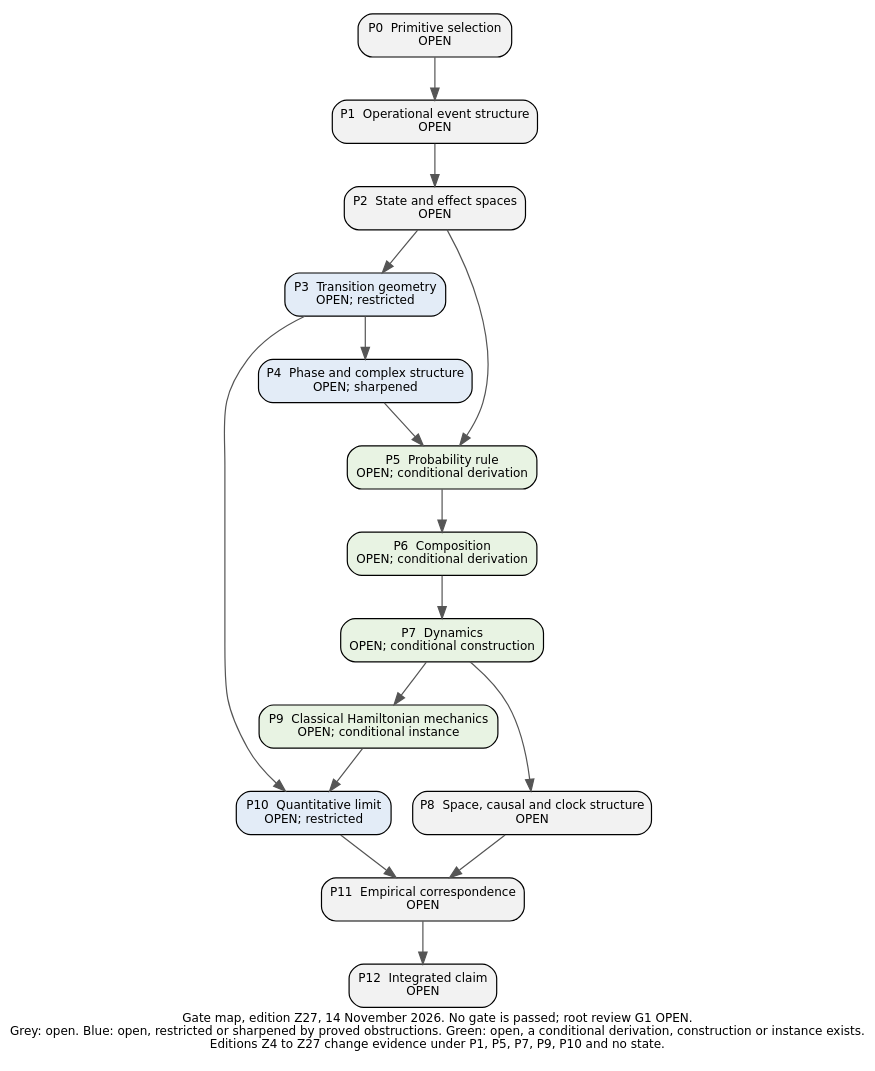
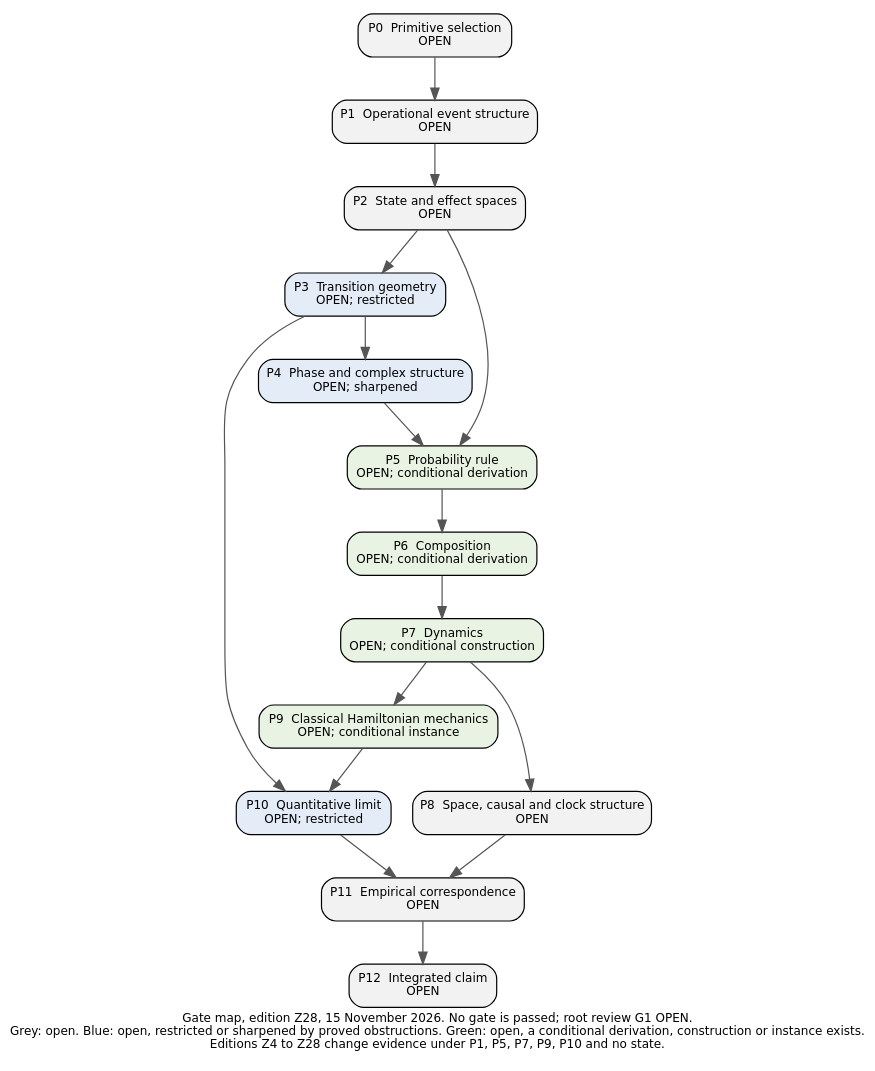
The diagram in edition/PROGRAM/figures/Gate_Map_2026-11-13.dot (KirtusJ/From-Prephysical-Hypotheses-to-Physical-Models), drawn with Graphviz before and after one commit. The commit also changed 69 other files, not shown here.

```diff
--- a/edition/PROGRAM/figures/Gate_Map_2026-11-13.dot
+++ b/edition/PROGRAM/figures/Gate_Map_2026-11-13.dot
@@ -1,30 +1,30 @@
-digraph G { rankdir=TB; node [shape=box, style="filled,rounded", fontname="DejaVu Sans", fontsize=10, margin="0.12,0.07"]; edge [color="#555555"]; label="Gate map, edition Z27, 14 November 2026. No gate is passed; root review G1 OPEN.\nGrey: open. Blue: open, restricted or sharpened by proved obstructions. Green: open, a conditional derivation, construction or instance exists.\nEditions Z4 to Z27 change evidence under P1, P5, P7, P9, P10 and no state."; fontname="DejaVu Sans"; fontsize=10; labelloc=b;
+digraph G { rankdir=TB; node [shape=box, style="filled,rounded", fontname="DejaVu Sans", fontsize=10, margin="0.12,0.07"]; edge [color="#555555"]; label="Gate map, edition Z28, 15 November 2026. No gate is passed; root review G1 OPEN.\nGrey: open. Blue: open, restricted or sharpened by proved obstructions. Green: open, a conditional derivation, construction or instance exists.\nEditions Z4 to Z28 change evidence under P1, P5, P7, P9, P10 and no state."; fontname="DejaVu Sans"; fontsize=10; labelloc=b;
 P0 [label="P0  Primitive selection\nOPEN", fillcolor="#f2f2f2"];
 P1 [label="P1  Operational event structure\nOPEN", fillcolor="#f2f2f2"];
 P2 [label="P2  State and effect spaces\nOPEN", fillcolor="#f2f2f2"];
 P3 [label="P3  Transition geometry\nOPEN; restricted", fillcolor="#e3ecf7"];
 P4 [label="P4  Phase and complex structure\nOPEN; sharpened", fillcolor="#e3ecf7"];
 P5 [label="P5  Probability rule\nOPEN; conditional derivation", fillcolor="#e8f3e3"];
 P6 [label="P6  Composition\nOPEN; conditional derivation", fillcolor="#e8f3e3"];
 P7 [label="P7  Dynamics\nOPEN; conditional construction", fillcolor="#e8f3e3"];
 P8 [label="P8  Space, causal and clock structure\nOPEN", fillcolor="#f2f2f2"];
 P9 [label="P9  Classical Hamiltonian mechanics\nOPEN; conditional instance", fillcolor="#e8f3e3"];
 P10 [label="P10  Quantitative limit\nOPEN; restricted", fillcolor="#e3ecf7"];
 P11 [label="P11  Empirical correspondence\nOPEN", fillcolor="#f2f2f2"];
 P12 [label="P12  Integrated claim\nOPEN", fillcolor="#f2f2f2"];
 P0 -> P1;
 P1 -> P2;
 P2 -> P3;
 P3 -> P4;
 P2 -> P5;
 P4 -> P5;
 P5 -> P6;
 P6 -> P7;
 P7 -> P8;
 P7 -> P9;
 P3 -> P10;
 P9 -> P10;
 P8 -> P11;
 P10 -> P11;
 P11 -> P12;
 }
```
